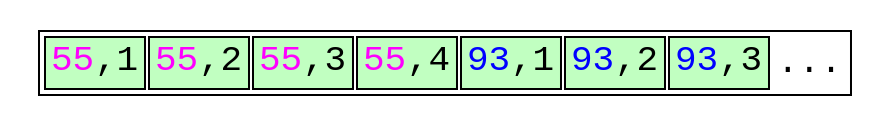
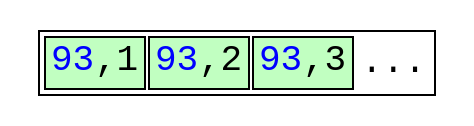
The diagram in optimized-right-leaf-page-split.dot (petergeoghegan/pg_query_internals), drawn with Graphviz before and after one commit. The commit also changed 1 other file, not shown here.

```diff
--- a/optimized-right-leaf-page-split.dot
+++ b/optimized-right-leaf-page-split.dot
@@ -1,33 +1,29 @@
 // Example B-Tree graph
 //
 // Breadth-first order
 //
 // Start from root, go left to right
 //
 // Workflow:
 //
 // $ dot -T svg btree.dot -o btree.svg;
 
 digraph nbtree {
 graph [fontname = "monospace"];
 node [shape = none,height=.1,fontname = "monospace",fontsize=18];
 // Level 0 (leaf level)
 leafnode_1[ label=<<table>
                     <tr>
-                        <td bgcolor='darkseagreen1' port="t2"><font color="magenta">55</font>,1</td>
-                        <td bgcolor='darkseagreen1' port="t3"><font color="magenta">55</font>,2</td>
-                        <td bgcolor='darkseagreen1' port="t4"><font color="magenta">55</font>,3</td>
-                        <td bgcolor='darkseagreen1' port="t5"><font color="magenta">55</font>,4</td>
                         <!-- <td align="center" border="0" bgcolor='white' port="t6">&#9986;</td> -->
                         <td bgcolor='darkseagreen1' port="t7"><font color="blue">93</font>,1</td>
                         <td bgcolor='darkseagreen1' port="t8"><font color="blue">93</font>,2</td>
                         <td bgcolor='darkseagreen1' port="t9"><font color="blue">93</font>,3</td>
                         <td border="0" bgcolor='white' port="t10">...</td>
                     </tr>
                 </table>
                >
         ];
 //Force alignment from root to internal to leaf levels:
 //edge[style=invis];
 //"rootnode":d1 -> "leafnode_2":t2
 }
```
